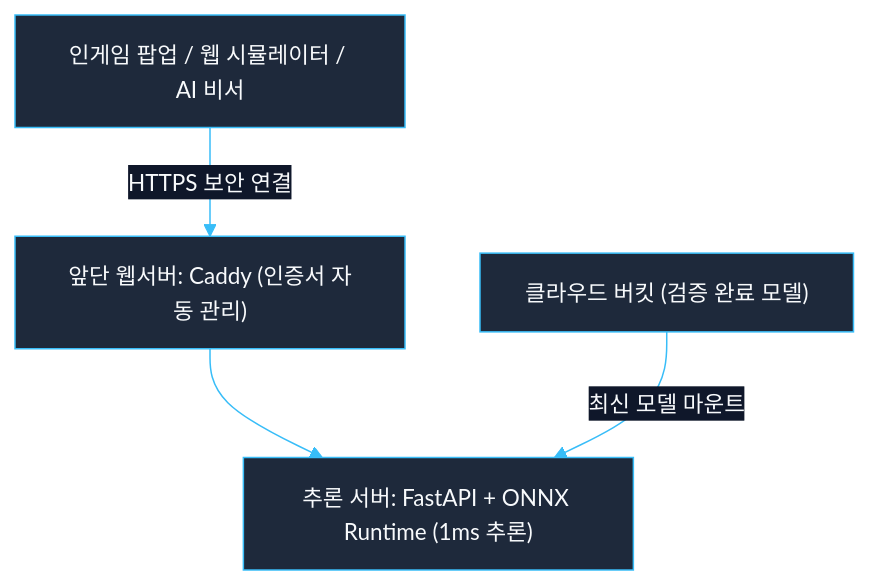
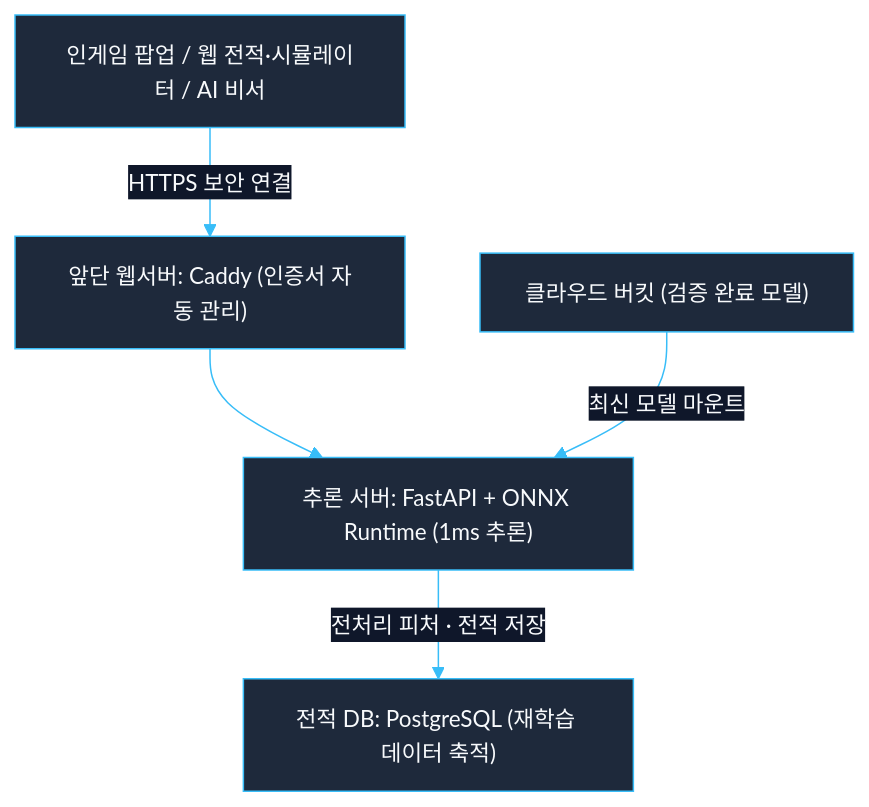
Before and after one commit to wpalswpa/lol-pacemaker-mlops: the second of 3 diagrams in 계획서.md, drawn with Mermaid. The commit also changed other lines of this file, not shown here.

Commit message:
docs: add PostgreSQL match history & retraining flywheel to plan

````diff
--- a/계획서.md
+++ b/계획서.md
@@ -70,7 +71,8 @@
 ```mermaid
 %%{init: {'theme': 'base', 'themeVariables': {'primaryColor': '#1E293B', 'primaryTextColor': '#F8FAFC', 'primaryBorderColor': '#38BDF8', 'lineColor': '#38BDF8', 'edgeLabelBackground': '#0F172A', 'fontSize': '15px'}}}%%
 flowchart TD
-    Client["인게임 팝업 / 웹 시뮬레이터 / AI 비서"] -->|"HTTPS 보안 연결"| Caddy["앞단 웹서버: Caddy (인증서 자동 관리)"]
+    Client["인게임 팝업 / 웹 전적·시뮬레이터 / AI 비서"] -->|"HTTPS 보안 연결"| Caddy["앞단 웹서버: Caddy (인증서 자동 관리)"]
     Caddy --> API["추론 서버: FastAPI + ONNX Runtime (1ms 추론)"]
     Bucket["클라우드 버킷 (검증 완료 모델)"] -->|"최신 모델 마운트"| API
+    API -->|"전처리 피처 · 전적 저장"| DB["전적 DB: PostgreSQL (재학습 데이터 축적)"]
 ```
````
